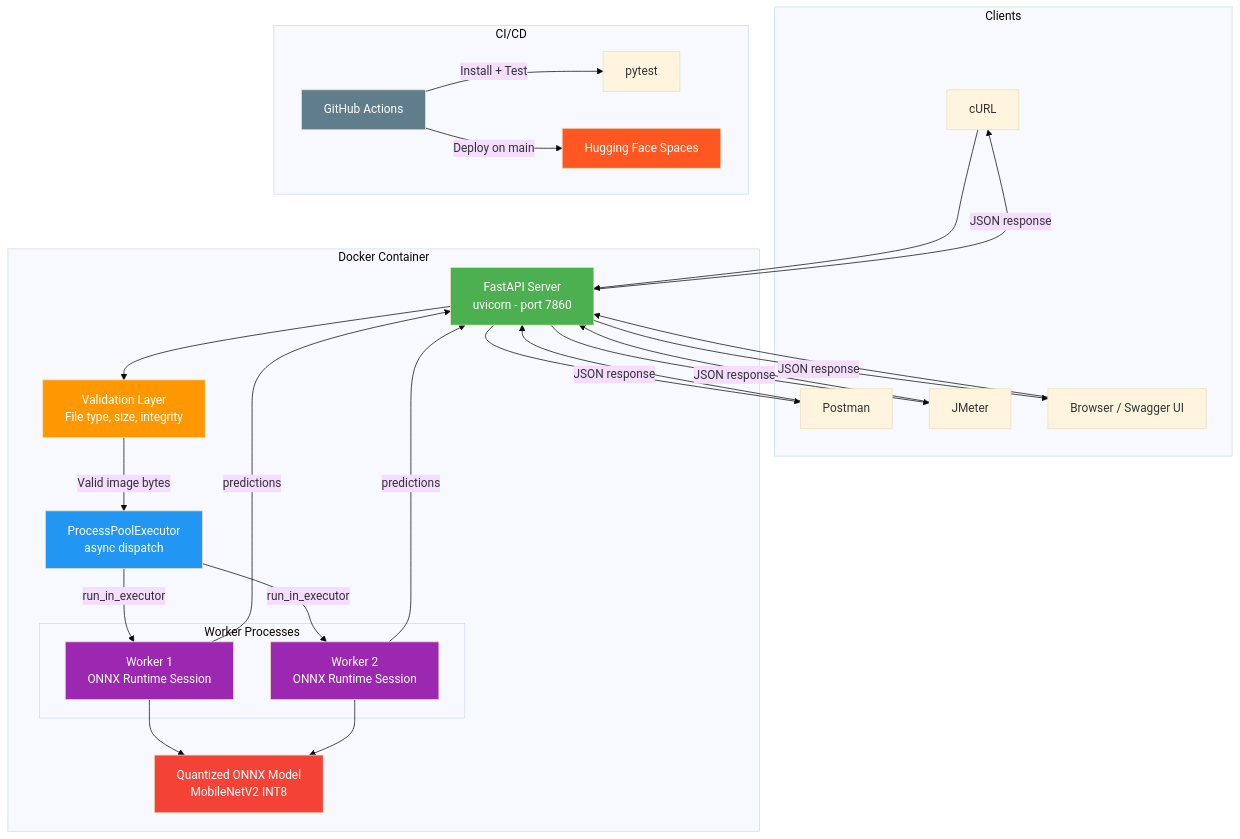
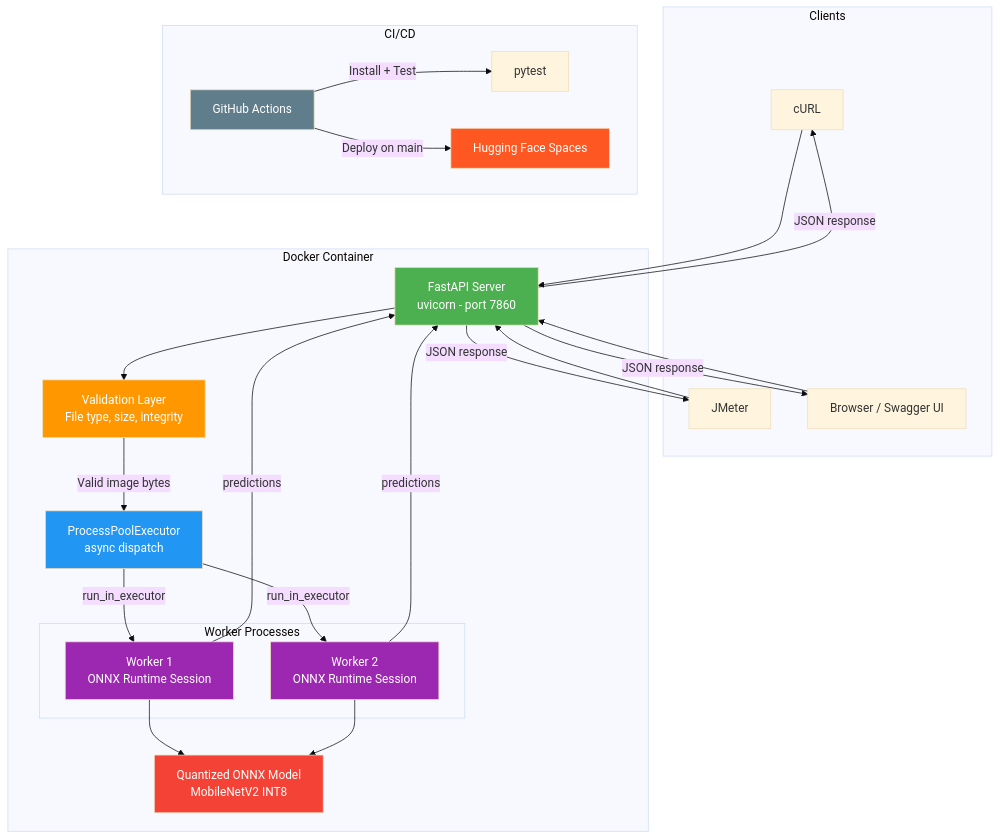
Before and after one commit to KengJoJo/AIE494-Project: the first of 3 diagrams in report/architecture.md, drawn with Mermaid (base theme). The commit also changed 18 other files, not shown here.

````diff
--- a/report/architecture.md
+++ b/report/architecture.md
@@ -5,58 +5,55 @@
 ```mermaid
 graph TB
     subgraph Clients
         A[cURL]
-        B[Postman]
         C[JMeter]
         D[Browser / Swagger UI]
     end
 
     subgraph "Docker Container"
         E[FastAPI Server<br/>uvicorn - port 7860]
         F[Validation Layer<br/>File type, size, integrity]
         G[ProcessPoolExecutor<br/>async dispatch]
 
         subgraph "Worker Processes"
             H1[Worker 1<br/>ONNX Runtime Session]
             H2[Worker 2<br/>ONNX Runtime Session]
         end
 
         I[Quantized ONNX Model<br/>MobileNetV2 INT8]
     end
 
     subgraph "CI/CD"
         J[GitHub Actions]
         K[pytest]
         L[Hugging Face Spaces]
     end
 
     A --> E
-    B --> E
     C --> E
     D --> E
 
     E --> F
     F -->|Valid image bytes| G
     G -->|run_in_executor| H1
     G -->|run_in_executor| H2
     H1 --> I
     H2 --> I
     H1 -->|predictions| E
     H2 -->|predictions| E
     E -->|JSON response| A
-    E -->|JSON response| B
     E -->|JSON response| C
     E -->|JSON response| D
 
     J -->|Install + Test| K
     J -->|Deploy on main| L
 
     style E fill:#4CAF50,color:#fff
     style F fill:#FF9800,color:#fff
     style G fill:#2196F3,color:#fff
     style H1 fill:#9C27B0,color:#fff
     style H2 fill:#9C27B0,color:#fff
     style I fill:#F44336,color:#fff
     style J fill:#607D8B,color:#fff
     style L fill:#FF5722,color:#fff
 ```
````
